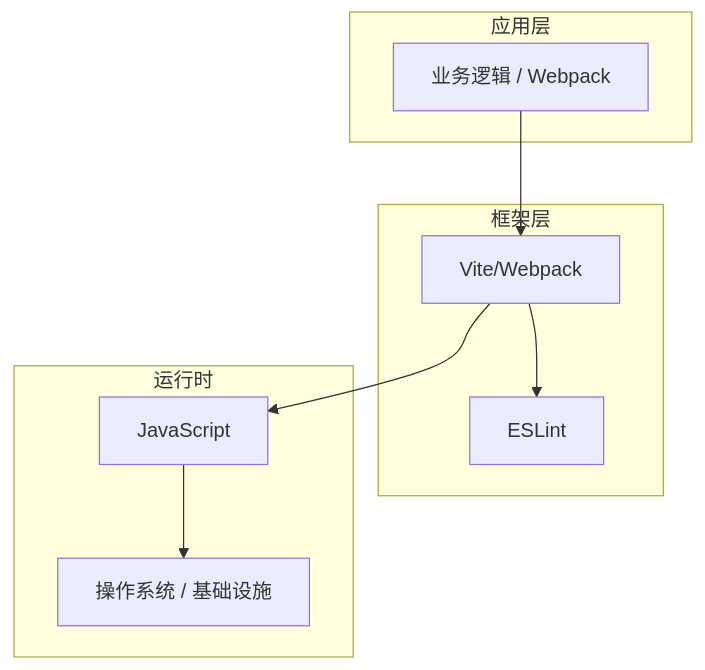
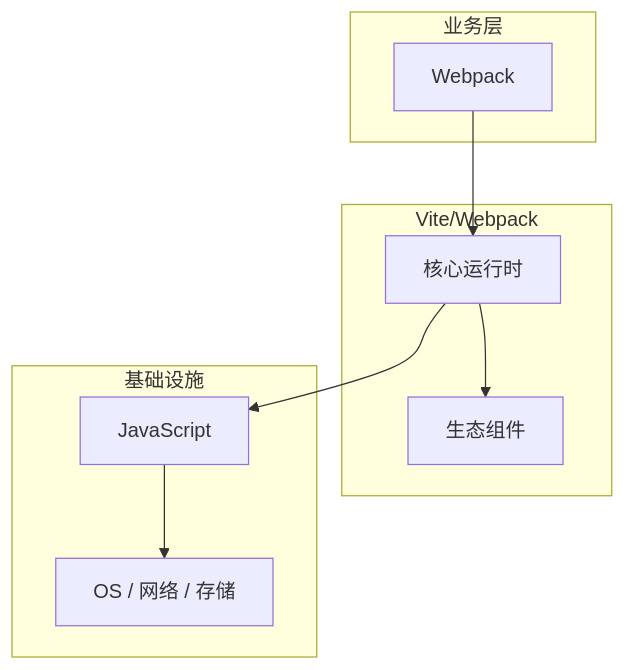
Before and after one commit to yanggan2015/knowledge-json-v2: the diagram in articles/前端工程化/chapters/019-Webpack核心概念与原理.md, drawn with Mermaid. The commit also changed other lines of this file and 10127 other files, not shown here.

````diff
--- a/articles/前端工程化/chapters/019-Webpack核心概念与原理.md
+++ b/articles/前端工程化/chapters/019-Webpack核心概念与原理.md
@@ -45,18 +34,18 @@
 ```mermaid
 graph TB
-    subgraph 应用层
-        A[业务逻辑 / Webpack]
+    subgraph 业务层
+        A[Webpack]
     end
-    subgraph 框架层
-        B[Vite/Webpack]
-        C[ESLint]
+    subgraph Vite/Webpack
+        B[核心运行时]
+        C[生态组件]
     end
-    subgraph 运行时
+    subgraph 基础设施
         D[JavaScript]
-        E[操作系统 / 基础设施]
+        E[OS / 网络 / 存储]
     end
     A --> B
     B --> C
     B --> D
     D --> E
 ```
````
